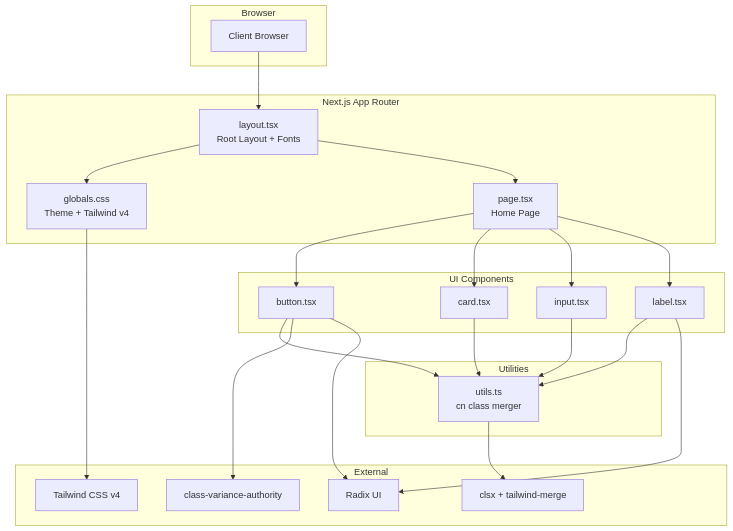
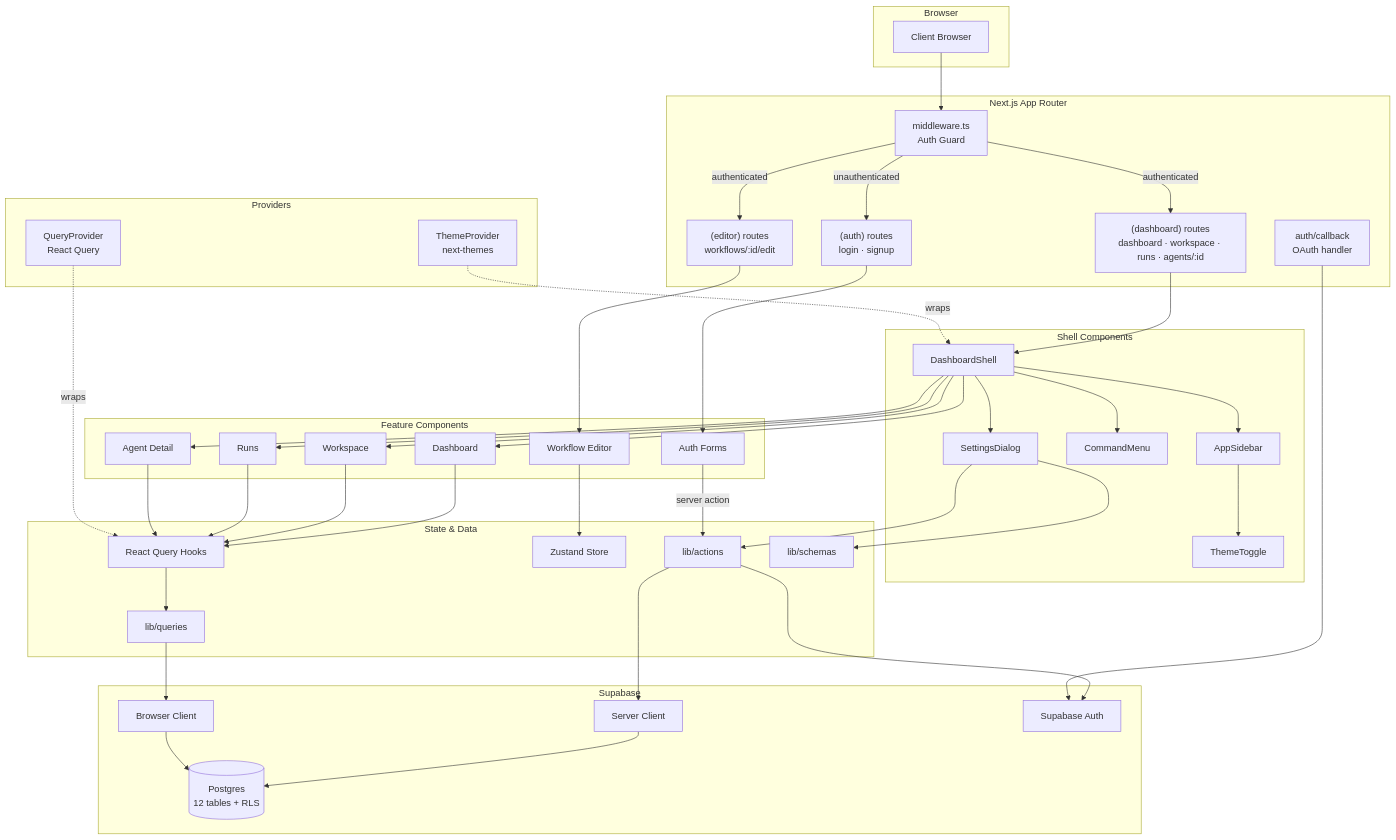
The first of 4 diagrams in docs/CODEBASE_MAP.md (renanlopesp/the-greater-automation), drawn with Mermaid before and after one commit. The commit also changed other lines of this file and 112 other files, not shown here.

````diff
--- a/docs/CODEBASE_MAP.md
+++ b/docs/CODEBASE_MAP.md
@@ -13,47 +13,79 @@
 ```mermaid
 graph TB
     subgraph Browser
         Client[Client Browser]
     end
 
     subgraph "Next.js App Router"
-        Layout[layout.tsx<br/>Root Layout + Fonts]
-        Page[page.tsx<br/>Home Page]
-        Globals[globals.css<br/>Theme + Tailwind v4]
+        MW[middleware.ts<br/>Auth Guard]
+        Auth["(auth) routes<br/>login · signup"]
+        Dash["(dashboard) routes<br/>dashboard · workspace · runs · agents/:id"]
+        Editor["(editor) routes<br/>workflows/:id/edit"]
+        Callback[auth/callback<br/>OAuth handler]
     end
 
-    subgraph "UI Components"
-        Button[button.tsx]
-        Card[card.tsx]
-        Input[input.tsx]
-        Label[label.tsx]
+    subgraph "Shell Components"
+        Shell[DashboardShell]
+        Sidebar[AppSidebar]
+        CmdMenu[CommandMenu]
+        Settings[SettingsDialog]
+        Theme[ThemeToggle]
     end
 
-    subgraph "Utilities"
-        CN[utils.ts<br/>cn class merger]
+    subgraph "Feature Components"
+        DashC[Dashboard]
+        WorkC[Workspace]
+        RunsC[Runs]
+        AgentC[Agent Detail]
+        EditorC[Workflow Editor]
+        AuthC[Auth Forms]
     end
 
-    subgraph "External"
-        Radix[Radix UI]
-        CVA[class-variance-authority]
-        TW[Tailwind CSS v4]
-        ClsxMerge[clsx + tailwind-merge]
+    subgraph "State & Data"
+        RQ[React Query Hooks]
+        Zustand[Zustand Store]
+        Queries[lib/queries]
+        Actions[lib/actions]
+        Schemas[lib/schemas]
     end
 
-    Client --> Layout
-    Layout --> Globals
-    Layout --> Page
-    Page --> Button
-    Page --> Card
-    Page --> Input
-    Page --> Label
-    Button --> CN
-    Card --> CN
-    Input --> CN
-    Label --> CN
-    Button --> CVA
-    Button --> Radix
-    Label --> Radix
-    CN --> ClsxMerge
-    Globals --> TW
+    subgraph "Providers"
+        QP[QueryProvider<br/>React Query]
+        TP[ThemeProvider<br/>next-themes]
+    end
+
+    subgraph "Supabase"
+        SBClient[Browser Client]
+        SBServer[Server Client]
+        DB[(Postgres<br/>12 tables + RLS)]
+        SBAuth[Supabase Auth]
+    end
+
+    Client --> MW
+    MW -->|unauthenticated| Auth
+    MW -->|authenticated| Dash
+    MW -->|authenticated| Editor
+    Auth --> AuthC
+    AuthC -->|server action| Actions
+    Actions --> SBServer --> DB
+    Actions --> SBAuth
+    Callback --> SBAuth
+
+    Dash --> Shell
+    Shell --> Sidebar
+    Shell --> CmdMenu
+    Shell --> Settings
+    Sidebar --> Theme
+
+    Shell --> DashC & WorkC & RunsC & AgentC
+    Editor --> EditorC
+
+    DashC & WorkC & RunsC & AgentC --> RQ
+    EditorC --> Zustand
+    RQ --> Queries --> SBClient --> DB
+    Settings --> Actions
+    Settings --> Schemas
+
+    QP -.->|wraps| RQ
+    TP -.->|wraps| Shell
 ```
````
